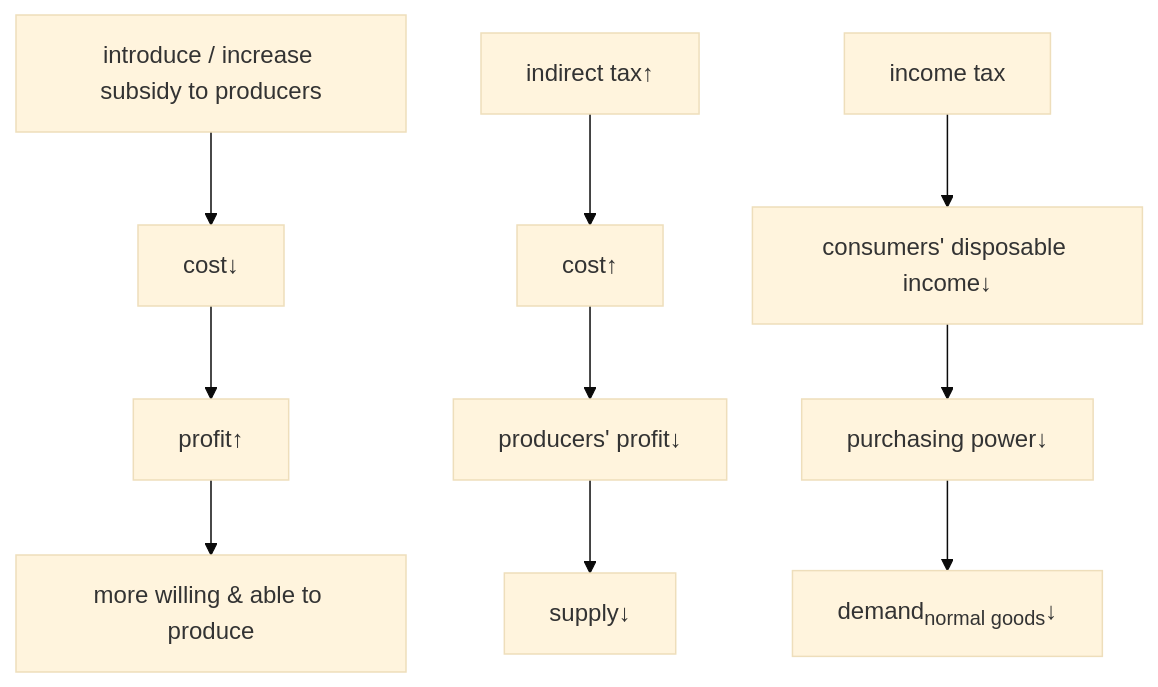
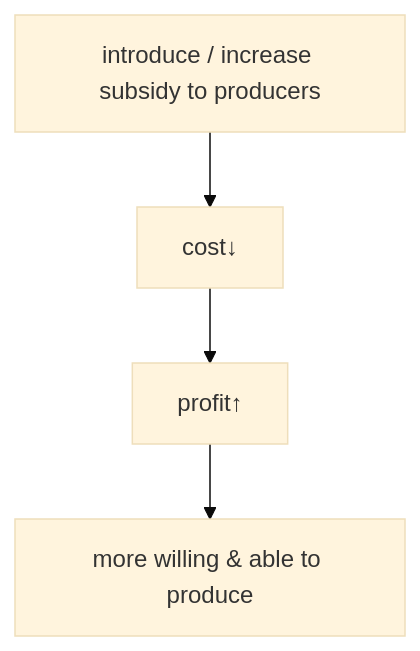
Before and after one commit to xin1z/IGCSE-Notes: the third of 6 diagrams in Economics/2. The Allocation of Resources/2.3 Supply.md, drawn with Mermaid (base theme). The commit also changed other lines of this file and 4 other files, not shown here.

````diff
--- a/Economics/2. The Allocation of Resources/2.3 Supply.md
+++ b/Economics/2. The Allocation of Resources/2.3 Supply.md
@@ -68,15 +68,7 @@
 ```mermaid
 flowchart TD
 A[introduce / increase subsidy to producers]
 	A --> B[cost&darr;]
 	B --> C[profit&uarr;]
 	C --> D[more willing & able to produce]
-E[indirect tax&uarr;]
-	E --> F[cost&uarr;]
-	F --> G[producers' profit&darr;]
-	G --> H[supply&darr;]
-I[income tax]
-	I --> J[consumers' disposable income&darr;]
-	J --> K[purchasing power&darr;]
-	K --> L[demand<sub>normal goods</sub>&darr;]
 ```
````
